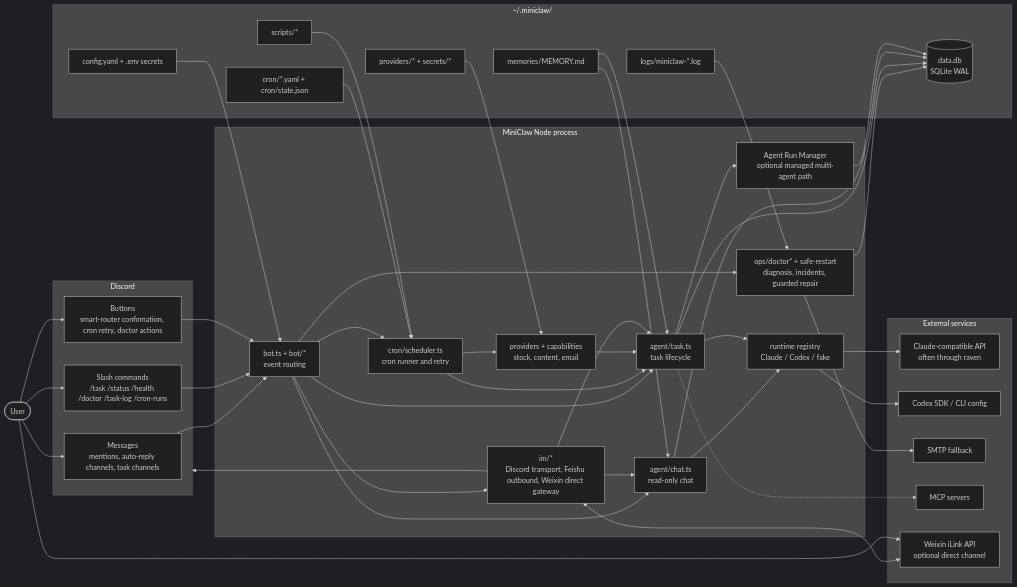
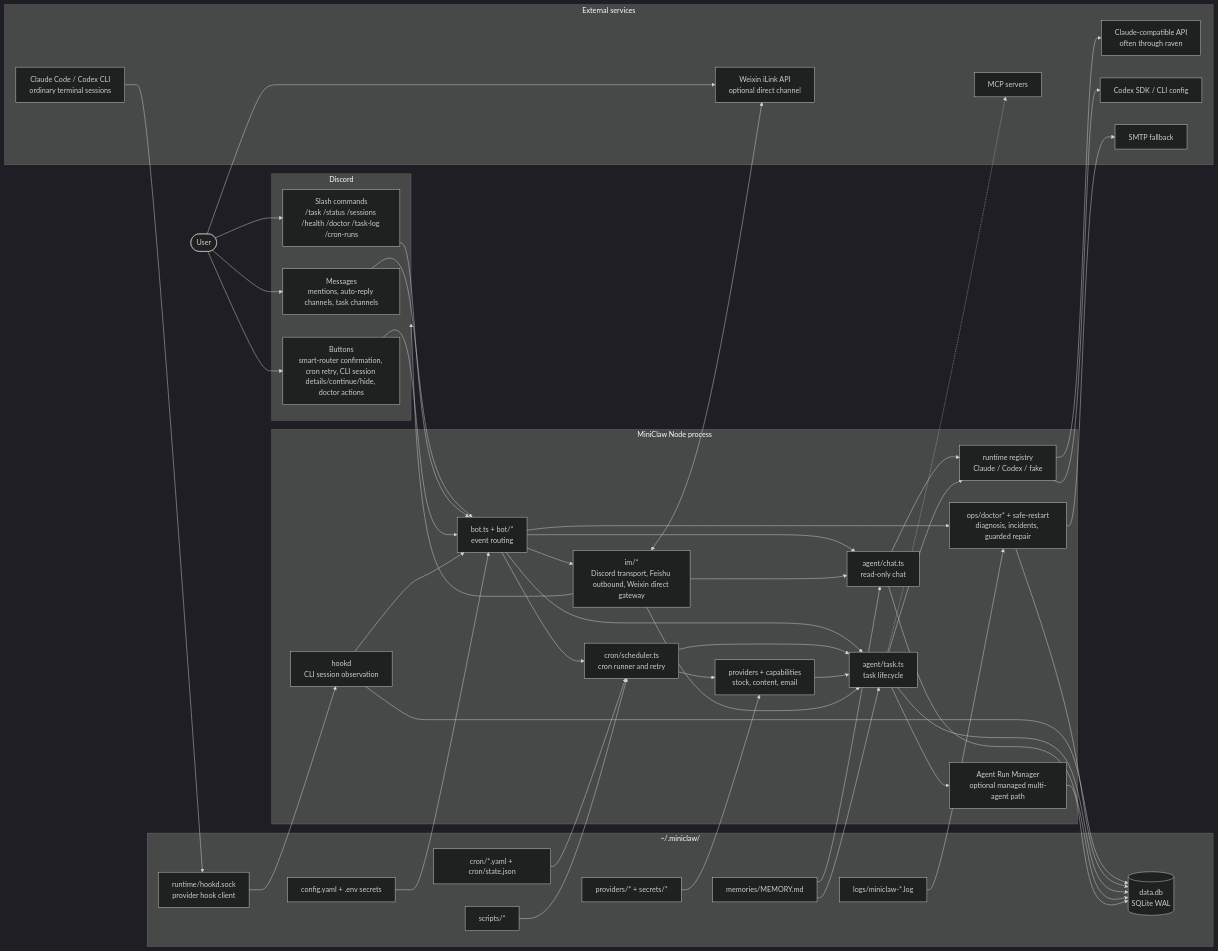
Before and after one commit to yuanyunfan/miniclaw: the first of 6 diagrams in docs/architecture.md, drawn with Mermaid (dark theme). The commit also changed other lines of this file and 39 other files, not shown here.

Commit message:
feat: add hookd CLI session dashboard

````diff
--- a/docs/architecture.md
+++ b/docs/architecture.md
@@ -10,8 +10,8 @@
 
   subgraph Discord["Discord"]
     Msg["Messages<br/>mentions, auto-reply channels, task channels"]
-    Slash["Slash commands<br/>/task /status /health /doctor /task-log /cron-runs"]
-    Btn["Buttons<br/>smart-router confirmation, cron retry, doctor actions"]
+    Slash["Slash commands<br/>/task /status /sessions /health /doctor /task-log /cron-runs"]
+    Btn["Buttons<br/>smart-router confirmation, cron retry, CLI session details/continue/hide, doctor actions"]
   end
 
   subgraph MiniClaw["MiniClaw Node process"]
@@ -20,6 +20,7 @@
     Task["agent/task.ts<br/>task lifecycle"]
     Runtime["runtime registry<br/>Claude / Codex / fake"]
     RunMgr["Agent Run Manager<br/>optional managed multi-agent path"]
+    Hookd["hookd<br/>CLI session observation"]
     Cron["cron/scheduler.ts<br/>cron runner and retry"]
     Providers["providers + capabilities<br/>stock, content, email"]
     Ops["ops/doctor* + safe-restart<br/>diagnosis, incidents, guarded repair"]
@@ -31,6 +32,7 @@
     Jobs["cron/*.yaml + cron/state.json"]
     Memory["memories/MEMORY.md"]
     Scripts["scripts/*"]
+    Hooks["runtime/hookd.sock<br/>provider hook client"]
     ProviderState["providers/* + secrets/*"]
     Logs["logs/miniclaw-*.log"]
     DB[("data.db<br/>SQLite WAL")]
@@ -42,6 +44,7 @@
     SMTP["SMTP fallback"]
     MCP["MCP servers"]
     Weixin["Weixin iLink API<br/>optional direct channel"]
+    ExternalCLI["Claude Code / Codex CLI<br/>ordinary terminal sessions"]
   end
 
   User --> Msg
@@ -56,6 +59,8 @@
   Bot --> Ops
   Chat --> Runtime
   Task --> Runtime
+  Hookd --> DB
+  Hookd --> Bot
   Task --> RunMgr
   Cron --> Task
   Cron --> Providers
@@ -75,10 +80,12 @@
   Memory --> Chat
   Memory --> Task
   Scripts --> Cron
+  Hooks --> Hookd
   ProviderState --> Providers
   Logs --> Ops
   Runtime --> Claude
   Runtime --> Codex
+  ExternalCLI --> Hooks
   Task -.-> MCP
   Ops --> SMTP
 ```
````
